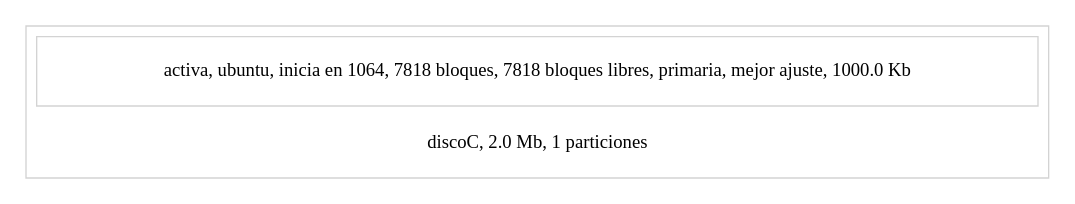
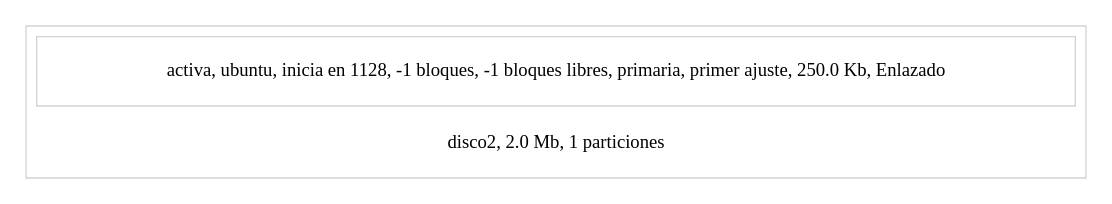
One commit to cristi1/fase1_archivos2015 changed the diagram in estructura.dot. Above: the diagram before and after it, drawn with Graphviz. The commit also changed 14 other files, not shown here.

```diff
--- a/estructura.dot
+++ b/estructura.dot
@@ -1,7 +1,7 @@
 digraph G {node[ shape=box, style=filled,color=Gray95]; edge[color=blue]; rankdir=LR;
 subgraph cluster0 {color=lightgrey;  node [color=white]; 
-server0[label="discoC, 2.0 Mb, 1 particiones"];
+server0[label="disco2, 2.0 Mb, 1 particiones"];
 subgraph cluster1 {color=lightgrey;  node [color=white];
-server1[label="activa, ubuntu, inicia en 1064, 7818 bloques, 7818 bloques libres, primaria, mejor ajuste, 1000.0 Kb"];}
+server1[label="activa, ubuntu, inicia en 1128, -1 bloques, -1 bloques libres, primaria, primer ajuste, 250.0 Kb, Enlazado"];}
 
 }}
```
